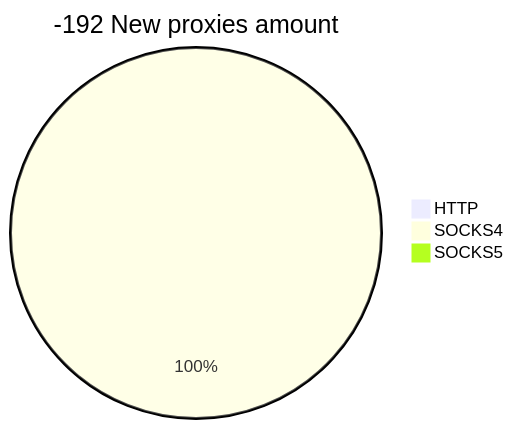
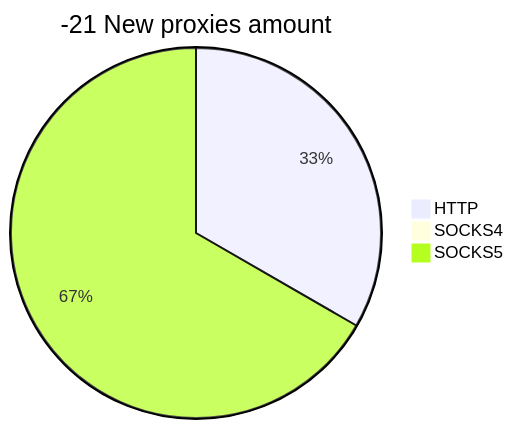
One commit to cutipu/proxylist changed the second of 2 diagrams in README.md. Above: the diagram before and after it, drawn with Mermaid. The commit also changed other lines of this file, not shown here.

````diff
--- a/README.md
+++ b/README.md
@@ -10,6 +10,6 @@
 ```mermaid
-pie title -192 New proxies amount
-    "HTTP" : 0
-    "SOCKS4" : 2
-    "SOCKS5" : 0
+pie title -21 New proxies amount
+    "HTTP" : 1
+    "SOCKS4" : 0
+    "SOCKS5" : 2
 ```
````
